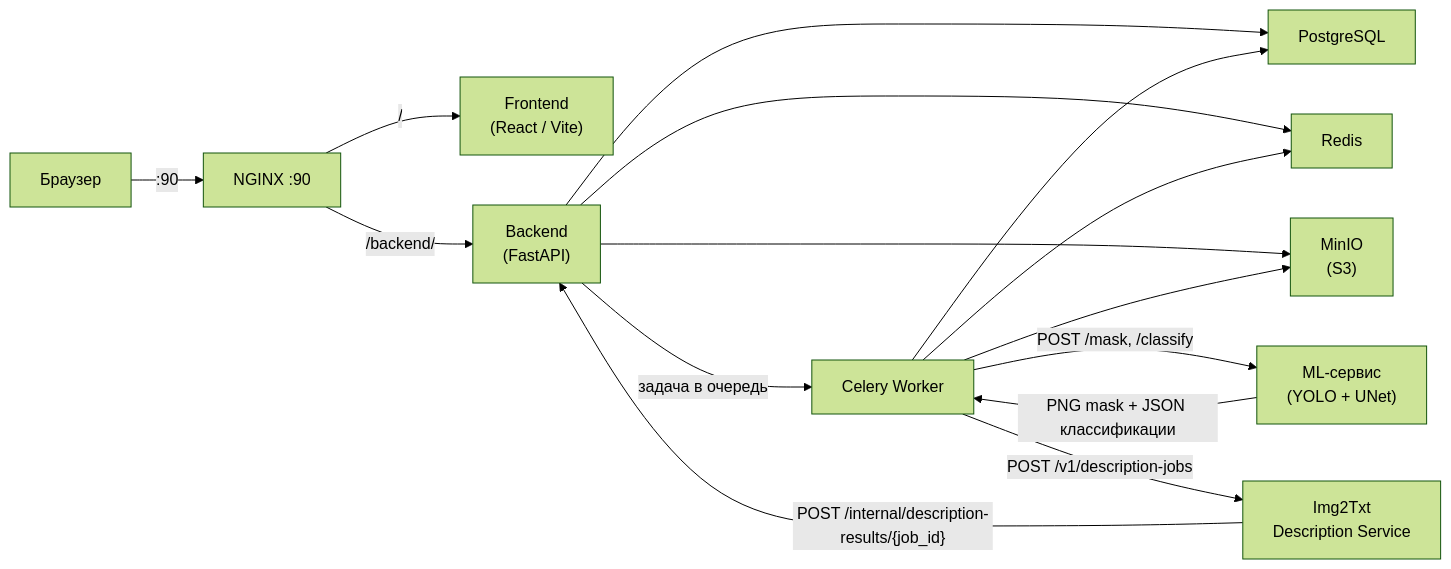
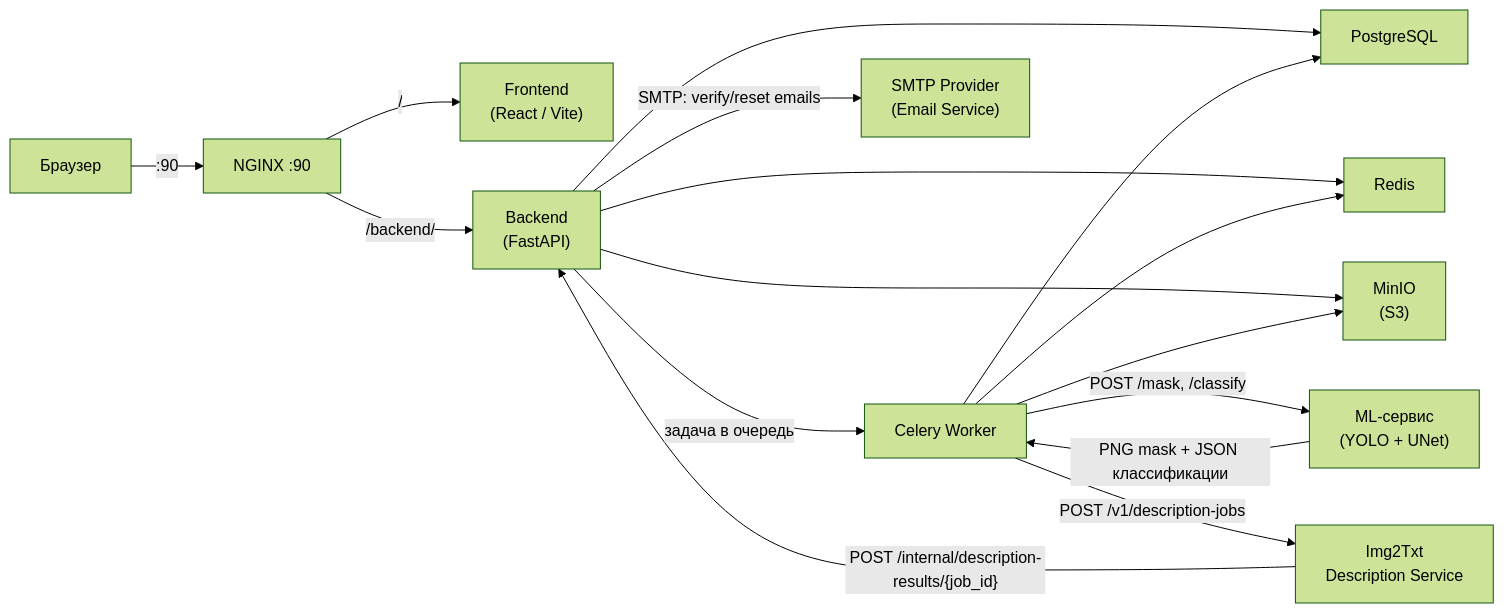
Before and after one commit to OdincovMD/skin-cancer-ai: the diagram in README.md, drawn with Mermaid (forest theme). The commit also changed other lines of this file and 19 other files, not shown here.

````diff
--- a/README.md
+++ b/README.md
@@ -17,28 +17,30 @@
 ```mermaid
 flowchart LR
     Browser["Браузер"]
     NGINX["NGINX :90"]
     Frontend["Frontend\n(React / Vite)"]
     Backend["Backend\n(FastAPI)"]
     Celery["Celery Worker"]
     ML["ML-сервис\n(YOLO + UNet)"]
     Desc["Img2Txt\nDescription Service"]
+    SMTP["SMTP Provider\n(Email Service)"]
     PG["PostgreSQL"]
     Redis["Redis"]
     MinIO["MinIO\n(S3)"]
 
     Browser -->|":90"| NGINX
     NGINX -->|"/"| Frontend
     NGINX -->|"/backend/"| Backend
     Backend --> PG
     Backend --> Redis
     Backend --> MinIO
+    Backend -->|"SMTP: verify/reset emails"| SMTP
     Backend -->|"задача в очередь"| Celery
     Celery --> Redis
     Celery --> PG
     Celery --> MinIO
     Celery -->|"POST /mask, /classify"| ML
     Celery -->|"POST /v1/description-jobs"| Desc
     Desc -->|"POST /internal/description-results/{job_id}"| Backend
     ML -->|"PNG mask + JSON классификации"| Celery
 ```
````
